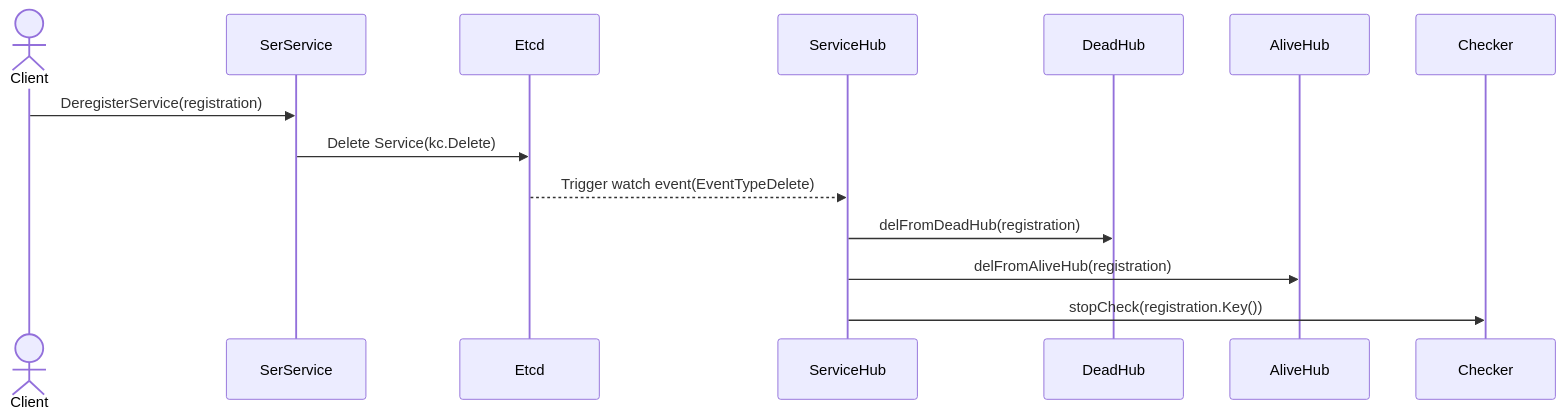
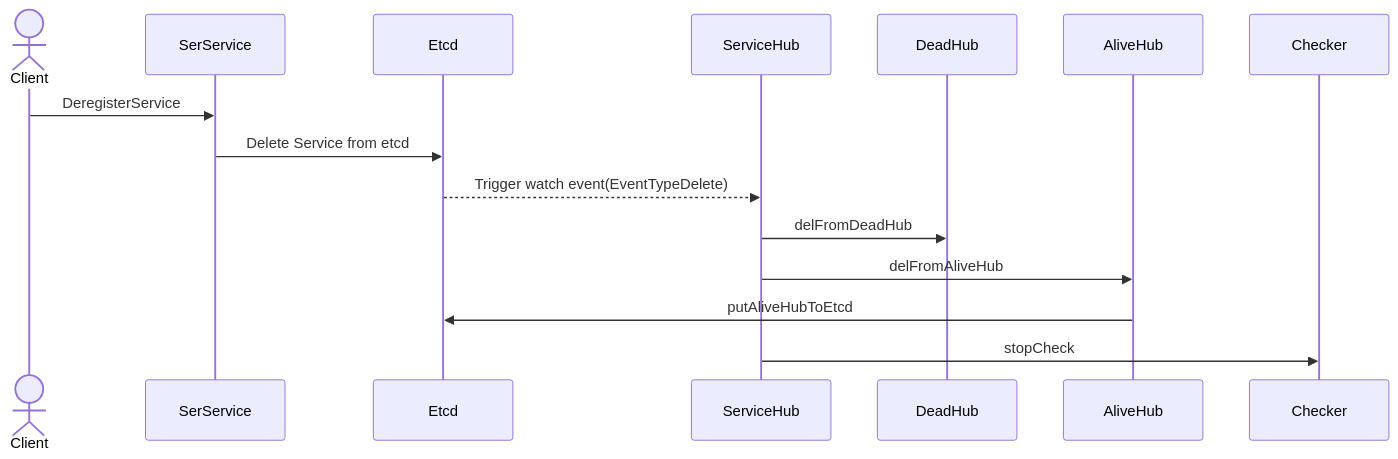
Before and after one commit to cruvie/kk_etcd_go: the third of 5 diagrams in README.md, drawn with Mermaid. The commit also changed other lines of this file and 51 other files, not shown here.

````diff
--- a/README.md
+++ b/README.md
@@ -107,10 +118,11 @@
 ```mermaid
 sequenceDiagram
     actor Client
-    Client ->> SerService: DeregisterService(registration)
-    SerService ->> Etcd: Delete Service(kc.Delete)
+    Client ->> SerService: DeregisterService
+    SerService ->> Etcd: Delete Service from etcd
     Etcd -->> ServiceHub: Trigger watch event(EventTypeDelete)
-    ServiceHub ->> DeadHub: delFromDeadHub(registration)
-    ServiceHub ->> AliveHub: delFromAliveHub(registration)
-    ServiceHub ->> Checker: stopCheck(registration.Key())
+    ServiceHub ->> DeadHub: delFromDeadHub
+    ServiceHub ->> AliveHub: delFromAliveHub
+    AliveHub ->> Etcd: putAliveHubToEtcd
+    ServiceHub ->> Checker: stopCheck
 ```
````
